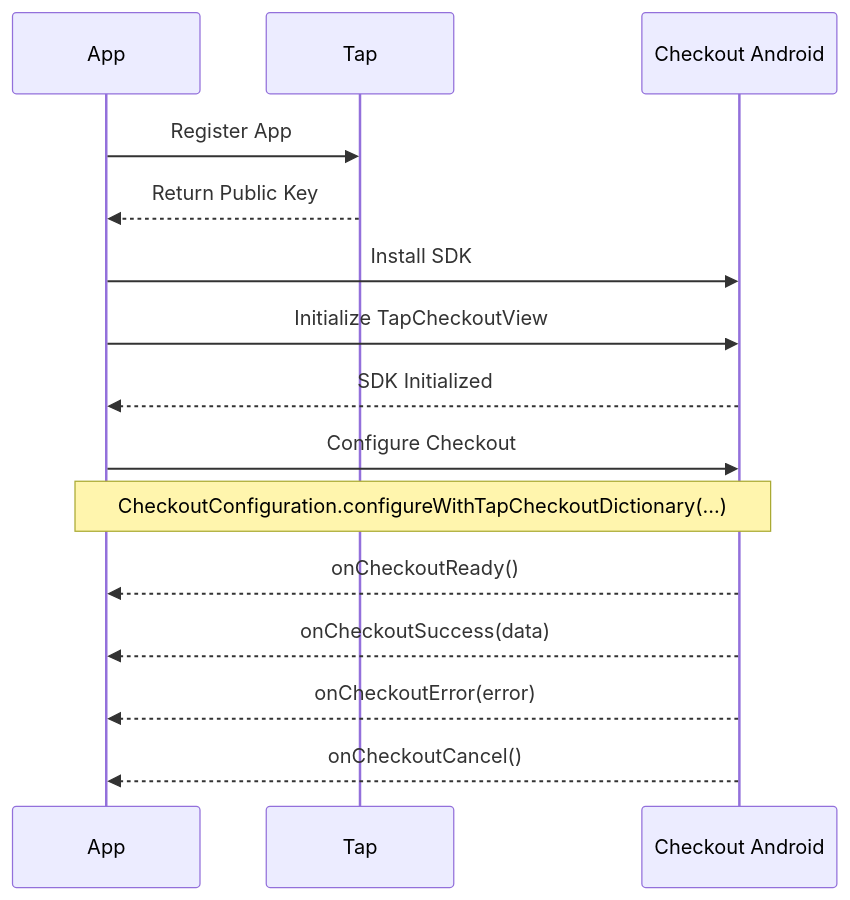
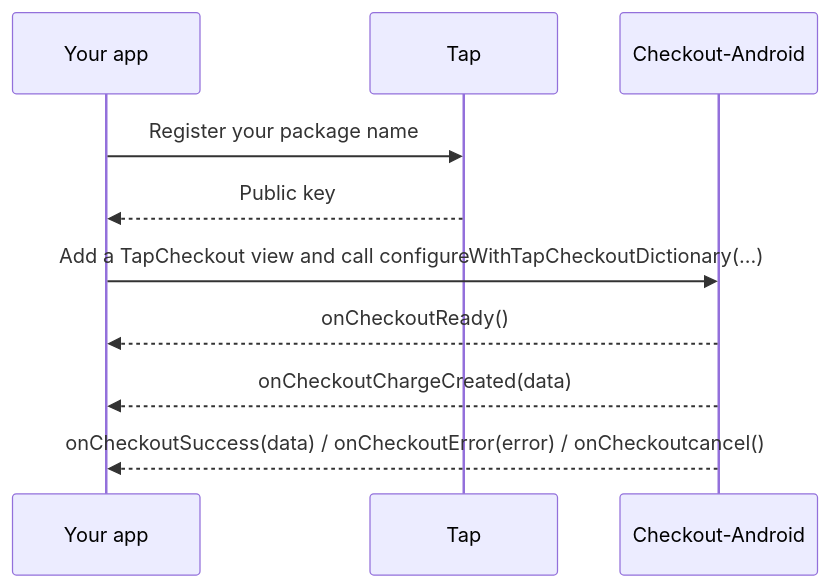
Before and after one commit to Tap-Payments/Checkout-Android: the diagram in README.md, drawn with Mermaid. The commit also changed other lines of this file and 15 other files, not shown here.

````diff
--- a/README.md
+++ b/README.md
@@ -18,22 +34,13 @@
 ```mermaid
 sequenceDiagram
+    participant A as Your app
+    participant T as Tap
+    participant C as Checkout-Android
 
-participant A as App
-participant T as Tap
-participant C as Checkout Android
-
-A->>T: Register App
-T-->>A: Return Public Key
-
-A->>C: Install SDK
-A->>C: Initialize TapCheckoutView
-C-->>A: SDK Initialized
-
-A->>C: Configure Checkout
-Note over A,C: CheckoutConfiguration.configureWithTapCheckoutDictionary(...)
-
-C-->>A: onCheckoutReady()
-C-->>A: onCheckoutSuccess(data)
-C-->>A: onCheckoutError(error)
-C-->>A: onCheckoutCancel()
+    A->>T: Register your package name
+    T-->>A: Public key
+    A->>C: Add a TapCheckout view and call configureWithTapCheckoutDictionary(...)
+    C-->>A: onCheckoutReady()
+    C-->>A: onCheckoutChargeCreated(data)
+    C-->>A: onCheckoutSuccess(data) / onCheckoutError(error) / onCheckoutcancel()
 ```
````
